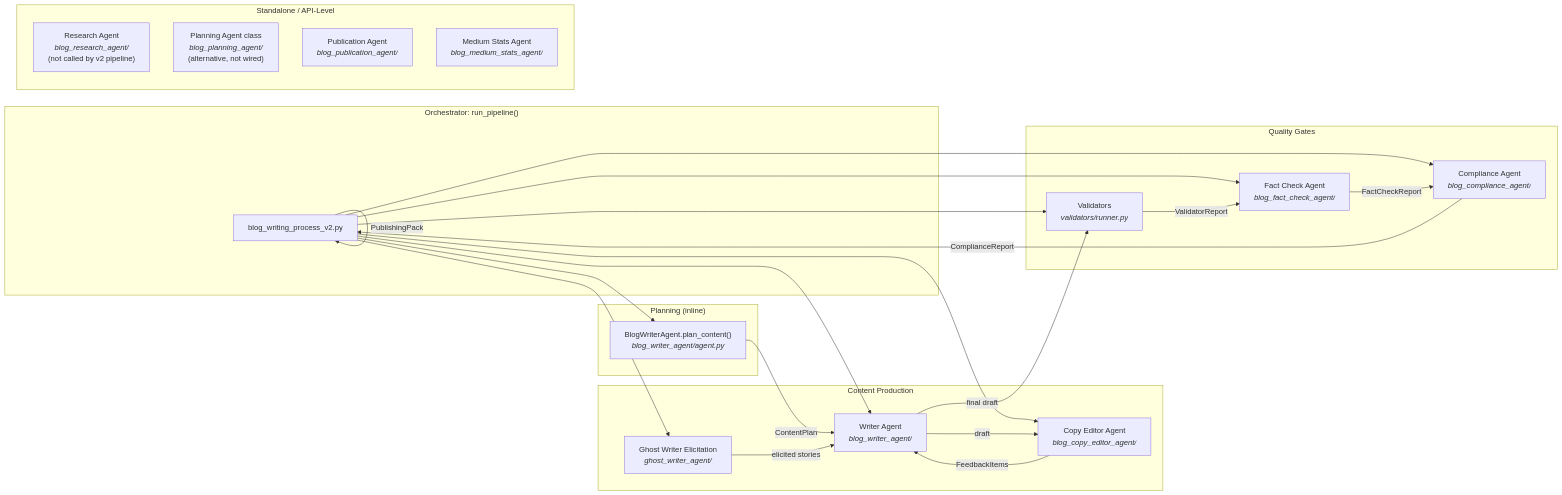
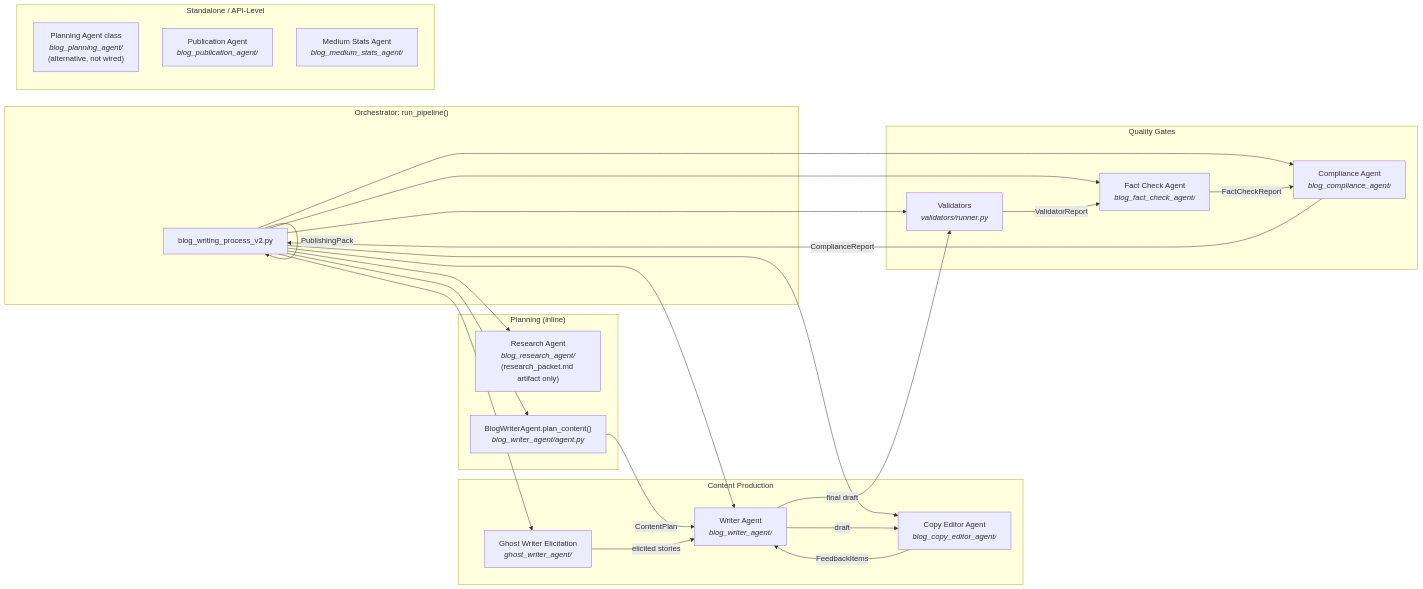
Before and after one commit to brandonkindred/Khala-Agentic-AI-Teams: the second of 4 diagrams in backend/agents/blogging/system_design/Architecture.md, drawn with Mermaid. The commit also changed other lines of this file and 18 other files, not shown here.

First line of the commit message:
Invoke ResearchAgent from blog planning and persist research_packet.md (#7369)

````diff
--- a/backend/agents/blogging/system_design/Architecture.md
+++ b/backend/agents/blogging/system_design/Architecture.md
@@ -57,47 +57,48 @@
 ```mermaid
 graph LR
     subgraph Orchestrator["Orchestrator: run_pipeline()"]
         RP["blog_writing_process_v2.py"]
     end
 
     subgraph InlinePlanning["Planning (inline)"]
+        RA["Research Agent<br/><i>blog_research_agent/</i><br/>(research_packet.md artifact only)"]
         WAPlan["BlogWriterAgent.plan_content()<br/><i>blog_writer_agent/agent.py</i>"]
     end
 
     subgraph Production["Content Production"]
         WA["Writer Agent<br/><i>blog_writer_agent/</i>"]
         CEA["Copy Editor Agent<br/><i>blog_copy_editor_agent/</i>"]
         GWA["Ghost Writer Elicitation<br/><i>ghost_writer_agent/</i>"]
     end
 
     subgraph Gates["Quality Gates"]
         VA["Validators<br/><i>validators/runner.py</i>"]
         FCA["Fact Check Agent<br/><i>blog_fact_check_agent/</i>"]
         CMA["Compliance Agent<br/><i>blog_compliance_agent/</i>"]
     end
 
     subgraph Standalone["Standalone / API-Level"]
-        RA["Research Agent<br/><i>blog_research_agent/</i><br/>(not called by v2 pipeline)"]
         PAStand["Planning Agent class<br/><i>blog_planning_agent/</i><br/>(alternative, not wired)"]
         PUA["Publication Agent<br/><i>blog_publication_agent/</i>"]
         MSA["Medium Stats Agent<br/><i>blog_medium_stats_agent/</i>"]
     end
 
+    RP --> RA
     RP --> WAPlan
     RP --> WA
     RP --> GWA
     RP --> CEA
     RP --> VA
     RP --> FCA
     RP --> CMA
 
     WAPlan -->|ContentPlan| WA
     WA -->|draft| CEA
     CEA -->|FeedbackItems| WA
     GWA -->|elicited stories| WA
     WA -->|final draft| VA
     VA -->|ValidatorReport| FCA
     FCA -->|FactCheckReport| CMA
     CMA -->|ComplianceReport| RP
     RP -->|PublishingPack| RP
 ```
````
